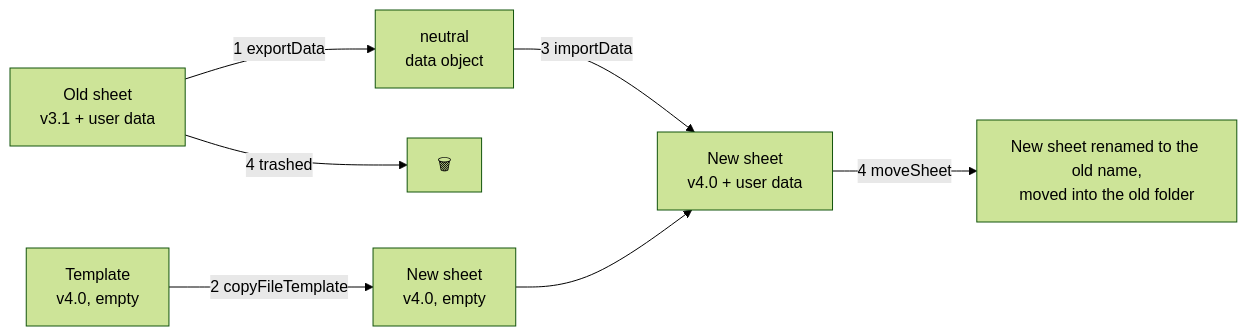
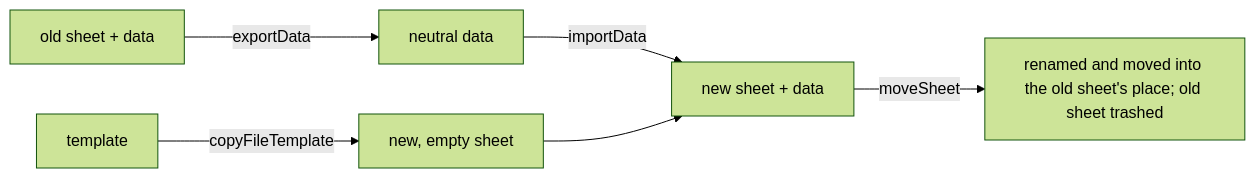
One commit to Bisse123/The-Tower-App-Script changed the diagram in documentation/03-workflow-update-sheets.md. Above: the diagram before and after it, drawn with Mermaid (forest theme). The commit also changed other lines of this file and 14 other files, not shown here.

````diff
--- a/documentation/03-workflow-update-sheets.md
+++ b/documentation/03-workflow-update-sheets.md
@@ -22,9 +14,8 @@
 ```mermaid
 flowchart LR
-    A["Old sheet<br/>v3.1 + user data"] -->|"1 exportData"| N["neutral<br/>data object"]
-    T["Template<br/>v4.0, empty"] -->|"2 copyFileTemplate"| B["New sheet<br/>v4.0, empty"]
-    N -->|"3 importData"| C["New sheet<br/>v4.0 + user data"]
+    A["old sheet + data"] -->|exportData| N["neutral data"]
+    T["template"] -->|copyFileTemplate| B["new, empty sheet"]
+    N -->|importData| C["new sheet + data"]
     B --> C
-    C -->|"4 moveSheet"| D["New sheet renamed to the old name,<br/>moved into the old folder"]
-    A -->|"4 trashed"| E["🗑"]
+    C -->|moveSheet| D["renamed and moved into the old sheet's place; old sheet trashed"]
 ```
````
